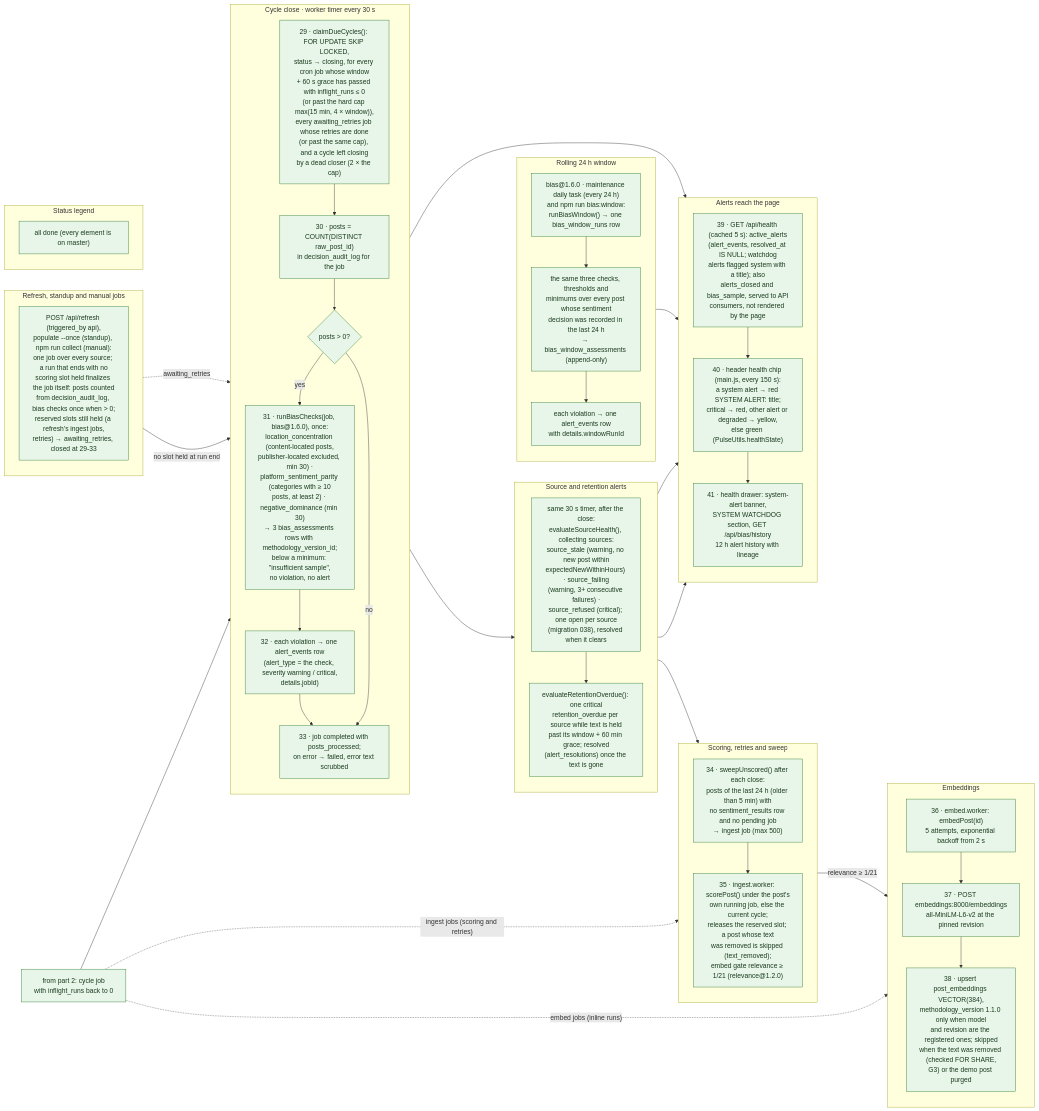
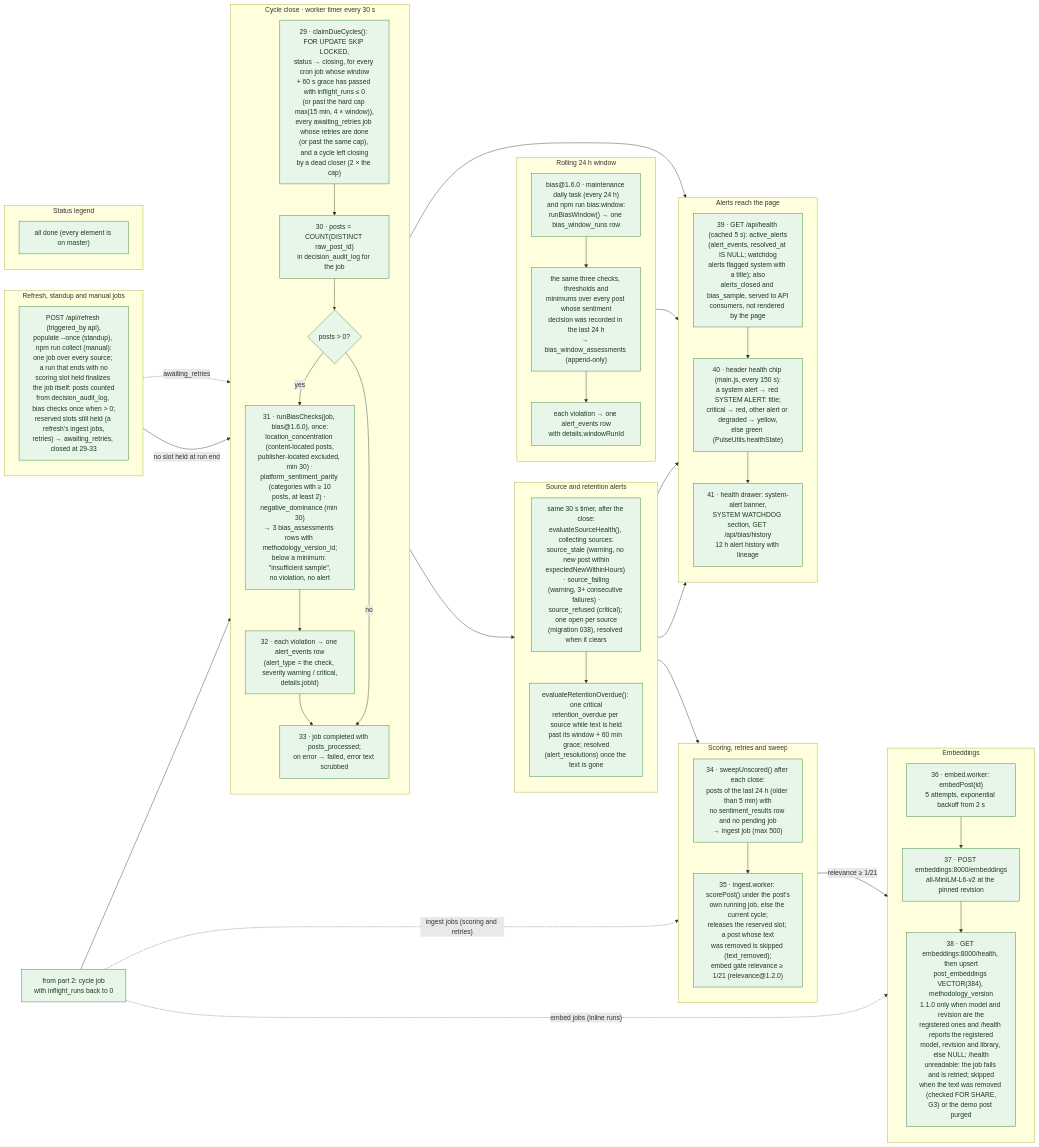
Before and after one commit to jennifer-mckinney/pulse-of-ai: the diagram in docs/diagrams/flows/collection-3-cycle-close-bias-alerts.mmd, drawn with Mermaid. The commit also changed 16 other files, not shown here.

First line of the commit message:
Diagrams: embed worker verifies /health before stamping; reset not in the future

```diff
--- a/docs/diagrams/flows/collection-3-cycle-close-bias-alerts.mmd
+++ b/docs/diagrams/flows/collection-3-cycle-close-bias-alerts.mmd
@@ -1,81 +1,81 @@
 %% Title: Collection cycle · part 3 of 3 · cycle close, bias checks, embeddings, alerts
 %% Summary: How a collection cycle's job is closed and its job-level bias checks (bias@1.6.0, with minimum samples) run once, how the rolling 24 h window checks run daily, how scoring, retries and embeddings are processed, which source-health and retention alerts the cycle timer raises, and how alerts reach the page.
 %% Sources: src/workers/start.js (closeDueCyclesOnce, every 30 s), src/workers/maintenance.worker.js (daily task), src/collectors/cycle.js, src/collectors/sweep.js, src/collectors/{source-health,retention-overdue,source-alerts}.js, src/pipeline/bias.js, src/pipeline/bias-window.js, scripts/bias-window.js, src/workers/{ingest,embed}.worker.js, src/pipeline/embeddings.js, python/embeddings_service.py, src/routes/{health,bias}.js, public/js/{main,ui,utils}.js; migrations 027, 028, 032, 036, 038, 060. Spec: TECHNICAL_SPEC.md sections 9 (bias monitoring, alert flow), 12 (embeddings); PR #22 decision G2.
 flowchart LR
 
   subgraph CLOSE["Cycle close · worker timer every 30 s"]
     direction TB
     C1["29 · claimDueCycles(): FOR UPDATE SKIP LOCKED,<br/>status → closing, for every cron job whose window<br/>+ 60 s grace has passed with inflight_runs ≤ 0<br/>(or past the hard cap max(15 min, 4 × window)),<br/>every awaiting_retries job whose retries are done<br/>(or past the same cap), and a cycle left closing<br/>by a dead closer (2 × the cap)"]:::done
     C2["30 · posts = COUNT(DISTINCT raw_post_id)<br/>in decision_audit_log for the job"]:::done
     C3{"posts #gt; 0?"}:::done
     C4["31 · runBiasChecks(job, bias@1.6.0), once:<br/>location_concentration (content-located posts,<br/>publisher-located excluded, min 30) ·<br/>platform_sentiment_parity (categories with ≥ 10<br/>posts, at least 2) · negative_dominance (min 30)<br/>→ 3 bias_assessments rows with methodology_version_id;<br/>below a minimum: #quot;insufficient sample#quot;,<br/>no violation, no alert"]:::done
     C5["32 · each violation → one alert_events row<br/>(alert_type = the check, severity warning / critical,<br/>details.jobId)"]:::done
     C6["33 · job completed with posts_processed;<br/>on error → failed, error text scrubbed"]:::done
     C1 --> C2 --> C3
     C3 -- yes --> C4 --> C5 --> C6
     C3 -- no --> C6
   end
 
   subgraph OTHER["Refresh, standup and manual jobs"]
     direction TB
     J1["POST /api/refresh (triggered_by api),<br/>populate --once (standup), npm run collect (manual):<br/>one job over every source; a run that ends with no<br/>scoring slot held finalizes the job itself: posts counted<br/>from decision_audit_log, bias checks once when > 0;<br/>reserved slots still held (a refresh's ingest jobs,<br/>retries) → awaiting_retries, closed at 29-33"]:::done
   end
 
   subgraph WINDOW["Rolling 24 h window"]
     direction TB
     B1["bias@1.6.0 · maintenance daily task (every 24 h)<br/>and npm run bias:window:<br/>runBiasWindow() → one bias_window_runs row"]:::done
     B2["the same three checks, thresholds and<br/>minimums over every post whose sentiment<br/>decision was recorded in the last 24 h<br/>→ bias_window_assessments (append-only)"]:::done
     B3["each violation → one alert_events row<br/>with details.windowRunId"]:::done
     B1 --> B2 --> B3
   end
 
   subgraph HEALTH["Source and retention alerts"]
     direction TB
     H1["same 30 s timer, after the close:<br/>evaluateSourceHealth(), collecting sources:<br/>source_stale (warning, no new post within<br/>expectedNewWithinHours) · source_failing<br/>(warning, 3+ consecutive failures) ·<br/>source_refused (critical); one open per source<br/>(migration 038), resolved when it clears"]:::done
     H2["evaluateRetentionOverdue(): one critical<br/>retention_overdue per source while text is held<br/>past its window + 60 min grace; resolved<br/>(alert_resolutions) once the text is gone"]:::done
     H1 --> H2
   end
 
   subgraph SWEEP["Scoring, retries and sweep"]
     direction TB
     R1["34 · sweepUnscored() after each close:<br/>posts of the last 24 h (older than 5 min) with<br/>no sentiment_results row and no pending job<br/>→ ingest job (max 500)"]:::done
     R2["35 · ingest.worker: scorePost() under the post's<br/>own running job, else the current cycle;<br/>releases the reserved slot; a post whose text<br/>was removed is skipped (text_removed);<br/>embed gate relevance ≥ 1/21 (relevance@1.2.0)"]:::done
     R1 --> R2
   end
 
   subgraph EMBED["Embeddings"]
     direction TB
     E1["36 · embed.worker: embedPost(id)<br/>5 attempts, exponential backoff from 2 s"]:::done
     E2["37 · POST embeddings:8000/embeddings<br/>all-MiniLM-L6-v2 at the pinned revision"]:::done
-    E3["38 · upsert post_embeddings VECTOR(384),<br/>methodology_version 1.1.0 only when model<br/>and revision are the registered ones; skipped<br/>when the text was removed (checked FOR SHARE,<br/>G3) or the demo post purged"]:::done
+    E3["38 · GET embeddings:8000/health, then upsert<br/>post_embeddings VECTOR(384), methodology_version<br/>1.1.0 only when model and revision are the<br/>registered ones and /health reports the registered<br/>model, revision and library, else NULL; /health<br/>unreadable: the job fails and is retried; skipped<br/>when the text was removed (checked FOR SHARE,<br/>G3) or the demo post purged"]:::done
     E1 --> E2 --> E3
   end
 
   subgraph SURFACE["Alerts reach the page"]
     direction TB
     A1["39 · GET /api/health (cached 5 s): active_alerts<br/>(alert_events, resolved_at IS NULL; watchdog<br/>alerts flagged system with a title); also<br/>alerts_closed and bias_sample, served to API<br/>consumers, not rendered by the page"]:::done
     A2["40 · header health chip (main.js, every 150 s):<br/>a system alert → red SYSTEM ALERT: title;<br/>critical → red, other alert or degraded → yellow,<br/>else green (PulseUtils.healthState)"]:::done
     A3["41 · health drawer: system-alert banner,<br/>SYSTEM WATCHDOG section, GET /api/bias/history<br/>12 h alert history with lineage"]:::done
     A1 --> A2 --> A3
   end
 
   subgraph LEGEND["Status legend"]
     L1["all done (every element is on master)"]:::done
   end
 
   IN["from part 2: cycle job<br/>with inflight_runs back to 0"]:::done
   IN --> C1
   C6 --> H1
   H2 --> R1
   IN -. "ingest jobs (scoring and retries)" .-> R2
   R2 -- "relevance ≥ 1/21" --> E1
   IN -. "embed jobs (inline runs)" .-> E1
   C5 --> A1
   B3 --> A1
   H1 --> A1
   H2 --> A1
   J1 -- "no slot held at run end" --> C4
   J1 -. "awaiting_retries" .-> C1
 
   classDef done fill:#e8f5e9,stroke:#2e7d32,color:#1b3d1f
   classDef planned fill:#f2f2f2,stroke:#8a8a8a,color:#4a4a4a,stroke-dasharray:2 3
```
